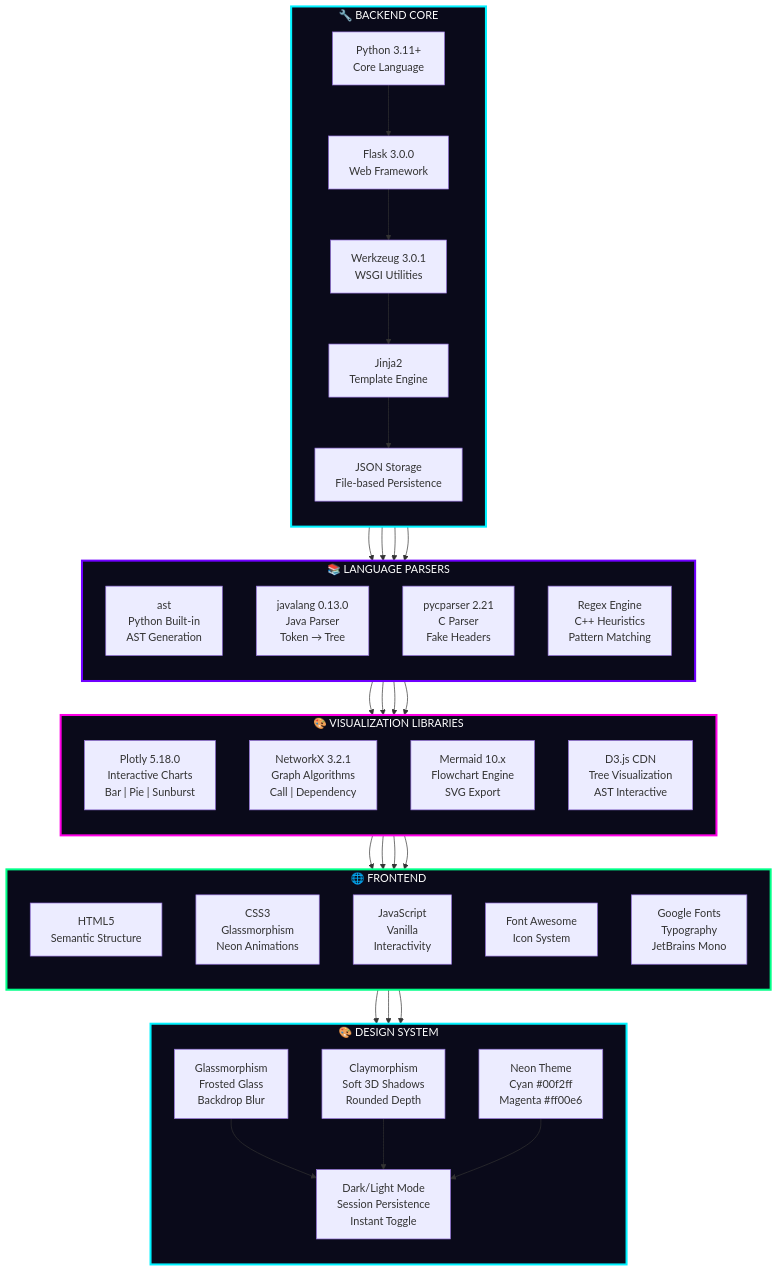
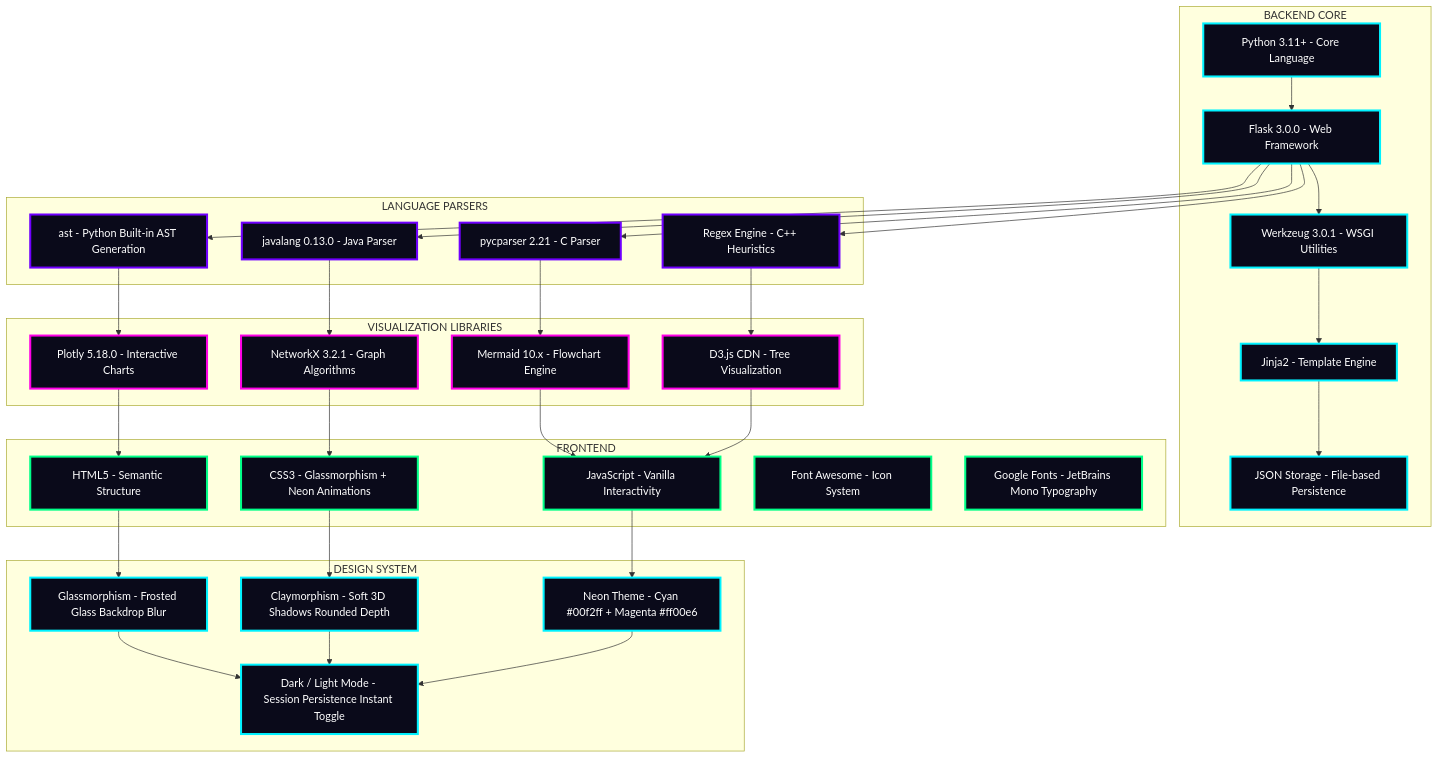
Diagram 15 of 21 in README.md (issu321/Programming-Visualization), drawn with Mermaid before and after one commit. The commit also changed other lines of this file, not shown here.

````diff
--- a/README.md
+++ b/README.md
@@ -1273,73 +1150,73 @@
 ```mermaid
 graph TB
-    subgraph BACKEND["🔧 BACKEND CORE"]
-        direction TB
-        B1["Python 3.11+<br/>Core Language"]
-        B2["Flask 3.0.0<br/>Web Framework"]
-        B3["Werkzeug 3.0.1<br/>WSGI Utilities"]
-        B4["Jinja2<br/>Template Engine"]
-        B5["JSON Storage<br/>File-based Persistence"]
+    subgraph BACKEND["BACKEND CORE"]
+        B1["Python 3.11+ - Core Language"]
+        B2["Flask 3.0.0 - Web Framework"]
+        B3["Werkzeug 3.0.1 - WSGI Utilities"]
+        B4["Jinja2 - Template Engine"]
+        B5["JSON Storage - File-based Persistence"]
     end
 
-    subgraph PARSERS["📚 LANGUAGE PARSERS"]
-        direction TB
-        P1["ast<br/>Python Built-in<br/>AST Generation"]
-        P2["javalang 0.13.0<br/>Java Parser<br/>Token → Tree"]
-        P3["pycparser 2.21<br/>C Parser<br/>Fake Headers"]
-        P4["Regex Engine<br/>C++ Heuristics<br/>Pattern Matching"]
+    subgraph PARSERS["LANGUAGE PARSERS"]
+        P1["ast - Python Built-in AST Generation"]
+        P2["javalang 0.13.0 - Java Parser"]
+        P3["pycparser 2.21 - C Parser"]
+        P4["Regex Engine - C++ Heuristics"]
     end
 
-    subgraph VIZ_LIBS["🎨 VISUALIZATION LIBRARIES"]
-        direction TB
-        V1["Plotly 5.18.0<br/>Interactive Charts<br/>Bar | Pie | Sunburst"]
-        V2["NetworkX 3.2.1<br/>Graph Algorithms<br/>Call | Dependency"]
-        V3["Mermaid 10.x<br/>Flowchart Engine<br/>SVG Export"]
-        V4["D3.js CDN<br/>Tree Visualization<br/>AST Interactive"]
+    subgraph VIZLIBS["VISUALIZATION LIBRARIES"]
+        V1["Plotly 5.18.0 - Interactive Charts"]
+        V2["NetworkX 3.2.1 - Graph Algorithms"]
+        V3["Mermaid 10.x - Flowchart Engine"]
+        V4["D3.js CDN - Tree Visualization"]
     end
 
-    subgraph FRONTEND["🌐 FRONTEND"]
-        direction TB
-        F1["HTML5<br/>Semantic Structure"]
-        F2["CSS3<br/>Glassmorphism<br/>Neon Animations"]
-        F3["JavaScript<br/>Vanilla<br/>Interactivity"]
-        F4["Font Awesome<br/>Icon System"]
-        F5["Google Fonts<br/>Typography<br/>JetBrains Mono"]
+    subgraph FRONTEND["FRONTEND"]
+        F1["HTML5 - Semantic Structure"]
+        F2["CSS3 - Glassmorphism + Neon Animations"]
+        F3["JavaScript - Vanilla Interactivity"]
+        F4["Font Awesome - Icon System"]
+        F5["Google Fonts - JetBrains Mono Typography"]
     end
 
-    subgraph DESIGN["🎨 DESIGN SYSTEM"]
-        direction TB
-        D1["Glassmorphism<br/>Frosted Glass<br/>Backdrop Blur"]
-        D2["Claymorphism<br/>Soft 3D Shadows<br/>Rounded Depth"]
-        D3["Neon Theme<br/>Cyan #00f2ff<br/>Magenta #ff00e6"]
-        D4["Dark/Light Mode<br/>Session Persistence<br/>Instant Toggle"]
+    subgraph DESIGN["DESIGN SYSTEM"]
+        D1["Glassmorphism - Frosted Glass Backdrop Blur"]
+        D2["Claymorphism - Soft 3D Shadows Rounded Depth"]
+        D3["Neon Theme - Cyan #00f2ff + Magenta #ff00e6"]
+        D4["Dark / Light Mode - Session Persistence Instant Toggle"]
     end
 
     B1 --> B2
     B2 --> B3
     B3 --> B4
     B4 --> B5
     B2 --> P1
     B2 --> P2
     B2 --> P3
     B2 --> P4
     P1 --> V1
     P2 --> V2
     P3 --> V3
     P4 --> V4
     V1 --> F1
     V2 --> F2
     V3 --> F3
     V4 --> F3
     F1 --> D1
     F2 --> D2
     F3 --> D3
     D1 --> D4
     D2 --> D4
     D3 --> D4
 
-    style BACKEND fill:#0a0a1a,stroke:#00f2ff,stroke-width:3px,color:#fff
-    style PARSERS fill:#0a0a1a,stroke:#7000ff,stroke-width:3px,color:#fff
-    style VIZ_LIBS fill:#0a0a1a,stroke:#ff00e6,stroke-width:3px,color:#fff
-    style FRONTEND fill:#0a0a1a,stroke:#00ff88,stroke-width:3px,color:#fff
-    style DESIGN fill:#0a0a1a,stroke:#00f2ff,stroke-width:3px,color:#fff
+    classDef backend fill:#0a0a1a,stroke:#00f2ff,stroke-width:3px,color:#fff
+    classDef parsers fill:#0a0a1a,stroke:#7000ff,stroke-width:3px,color:#fff
+    classDef vizlibs fill:#0a0a1a,stroke:#ff00e6,stroke-width:3px,color:#fff
+    classDef frontend fill:#0a0a1a,stroke:#00ff88,stroke-width:3px,color:#fff
+    classDef design fill:#0a0a1a,stroke:#00f2ff,stroke-width:3px,color:#fff
+    class B1,B2,B3,B4,B5 backend
+    class P1,P2,P3,P4 parsers
+    class V1,V2,V3,V4 vizlibs
+    class F1,F2,F3,F4,F5 frontend
+    class D1,D2,D3,D4 design
 ```
````
